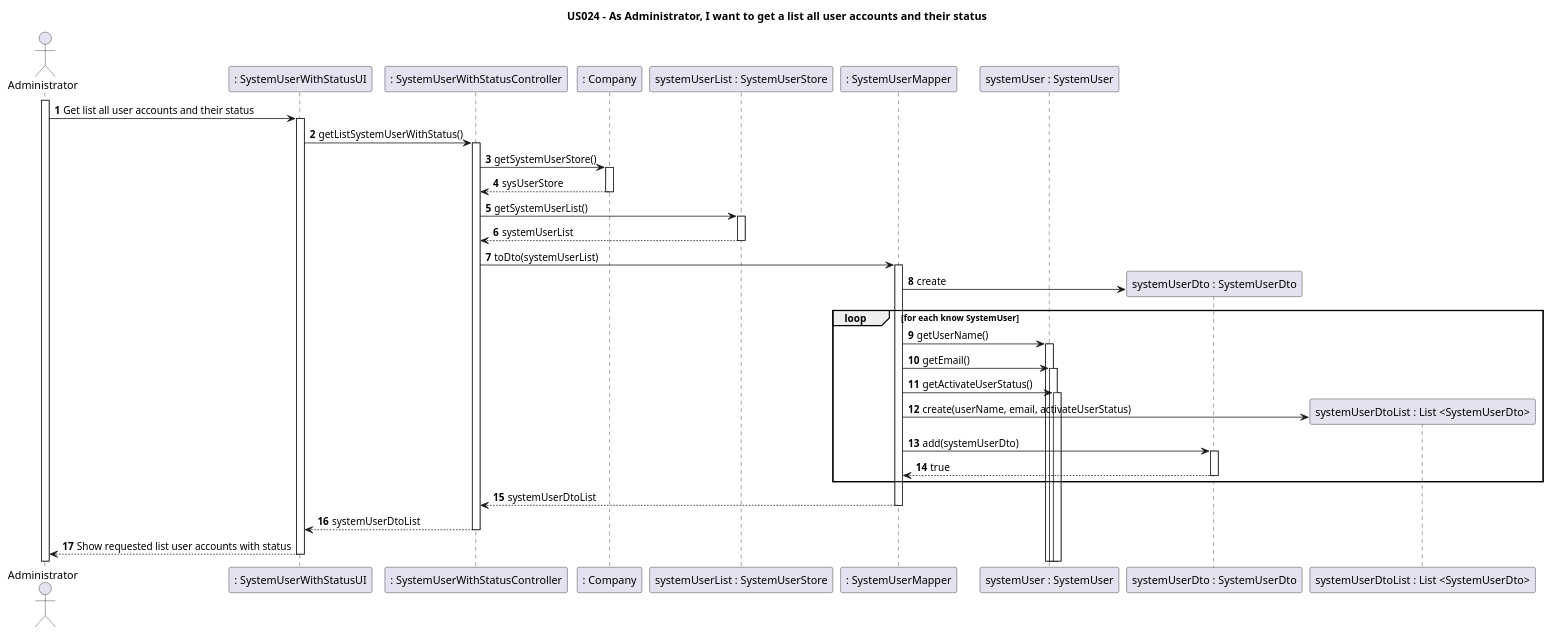
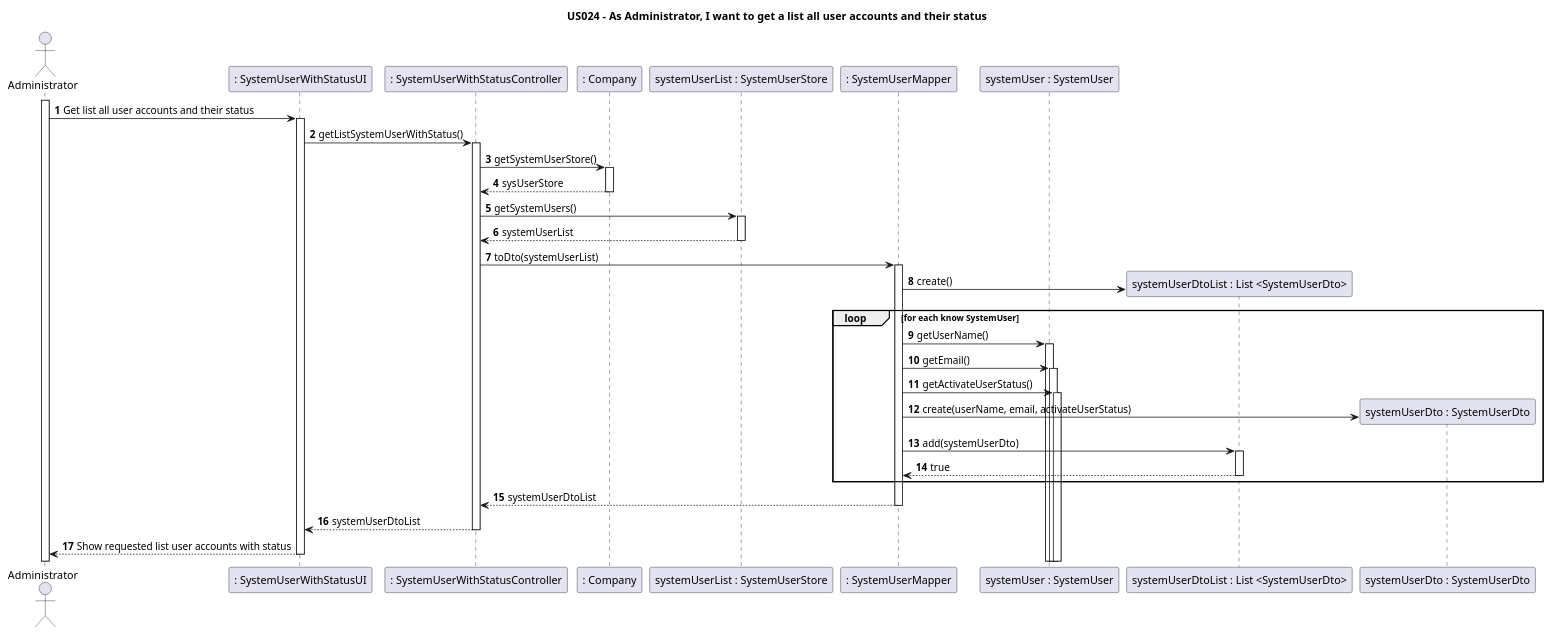
One commit to nunogon1211787/projectManagement changed the diagram in docs/Sprint3/US024/US024-SD.puml. Above: the diagram before and after it, drawn with PlantUML. The commit also changed 3 other files, not shown here.

```diff
--- a/docs/Sprint3/US024/US024-SD.puml
+++ b/docs/Sprint3/US024/US024-SD.puml
@@ -1,46 +1,46 @@
 @startuml
 'https://plantuml.com/sequence-diagram
 
 title US024 - As Administrator, I want to get a list all user accounts and their status
 
 autoactivate on
 autonumber
 
 actor "Administrator" as User
 participant ": SystemUserWithStatusUI" as System
 participant ": SystemUserWithStatusController" as Ctrl
 participant ": Company" as C1
 participant "systemUserList : SystemUserStore" as C2
 participant ": SystemUserMapper" as C3
 participant "systemUser : SystemUser" as C4
-participant "systemUserDto : SystemUserDto" as C5
-participant "systemUserDtoList : List <SystemUserDto>" as C6
+participant "systemUserDtoList : List <SystemUserDto>" as C5
+participant "systemUserDto : SystemUserDto" as C6
 
 
 
 
 activate User
 
 User -> System: Get list all user accounts and their status
 System -> Ctrl: getListSystemUserWithStatus()
 Ctrl-> C1 : getSystemUserStore()
 C1--> Ctrl : sysUserStore
-Ctrl->C2 : getSystemUserList()
+Ctrl->C2 : getSystemUsers()
 
 C2-->Ctrl : systemUserList
 Ctrl->C3 :toDto(systemUserList)
 
-C3->C5 **: create
+C3->C5 **: create()
  loop for each know SystemUser
 C3->C4 : getUserName()
 C3->C4 : getEmail()
 C3->C4 : getActivateUserStatus()
 C3-> C6 ** : create(userName, email, activateUserStatus)
 C3->C5 : add(systemUserDto)
 C5-->C3 : true
 end
 C3-->Ctrl: systemUserDtoList
 Ctrl-->System : systemUserDtoList
 System-->User : Show requested list user accounts with status
 
 @enduml
```
